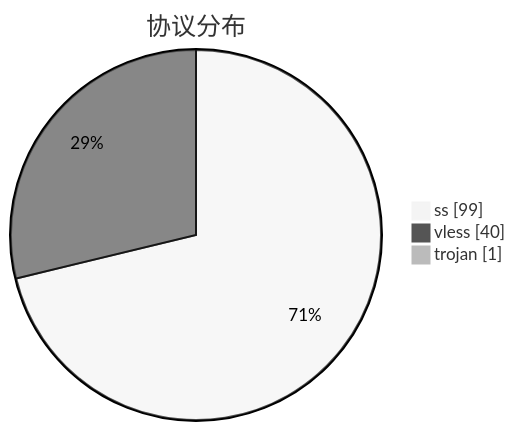
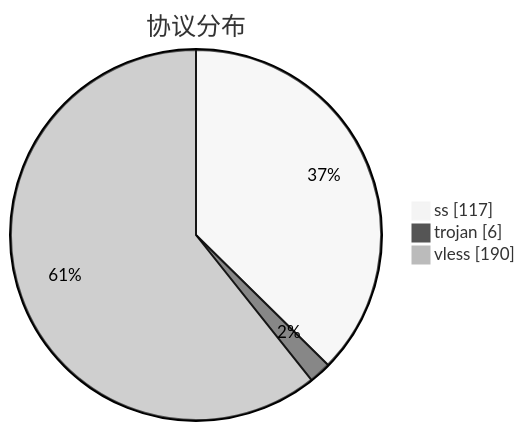
The third of 3 diagrams in subs/statistics/tested_within.md (qjlxg/airport), drawn with Mermaid (neutral theme) before and after one commit. The commit also changed other lines of this file and 2 other files, not shown here.

````diff
--- a/subs/statistics/tested_within.md
+++ b/subs/statistics/tested_within.md
@@ -28,7 +30,7 @@
 ```mermaid
 pie showData
 title 协议分布
-"ss" : 99
-"vless" : 40
-"trojan" : 1
+"ss" : 117
+"trojan" : 6
+"vless" : 190
 ```
````
